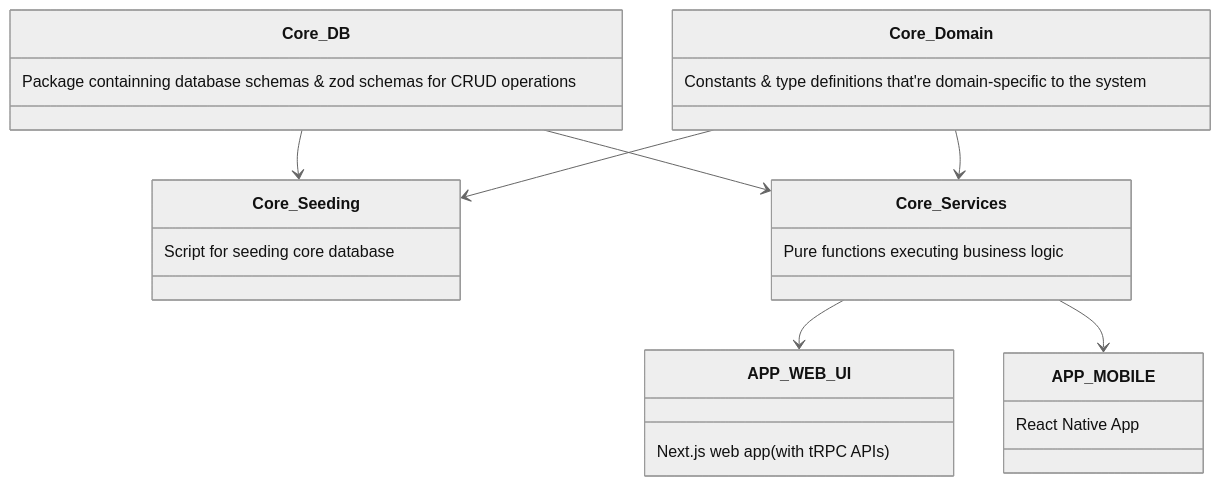
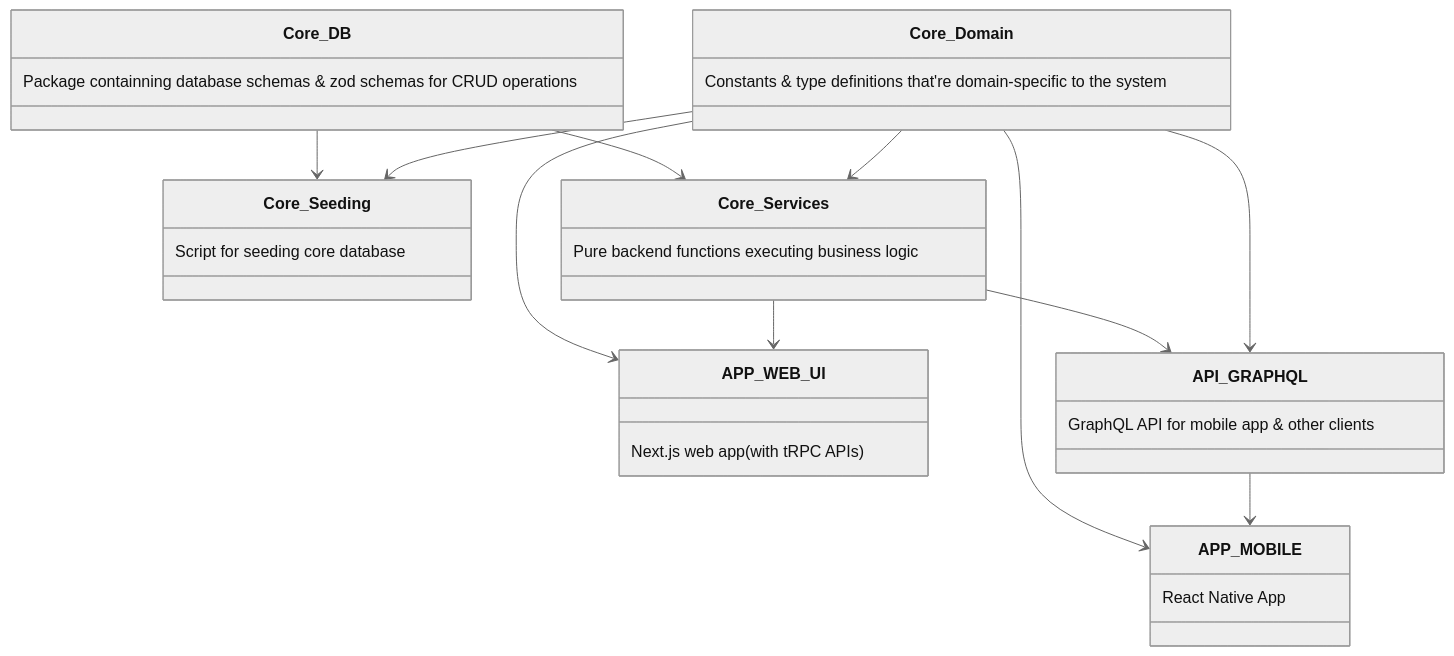
The diagram in docs/architecture.md (NorthHarbourTriathlonClub/trihard), drawn with Mermaid (neutral theme) before and after one commit.

Commit message:
new logic for diagram

````diff
--- a/docs/architecture.md
+++ b/docs/architecture.md
@@ -5,34 +5,42 @@
 ```mermaid
 ---
 Architecture
 ---
 classDiagram
     Core_DB --> Core_Seeding
     Core_DB --> Core_Services
     Core_Domain --> Core_Services
     Core_Domain --> Core_Seeding
-
+    
+    Core_Domain --> APP_WEB_UI
     Core_Services --> APP_WEB_UI
-    Core_Services --> APP_MOBILE
+    
+    Core_Services --> API_GRAPHQL
+    Core_Domain --> API_GRAPHQL
+    Core_Domain --> APP_MOBILE
+    API_GRAPHQL --> APP_MOBILE
 
 
     class Core_DB {
       Package containning database schemas & zod schemas for CRUD operations
     }
     class Core_Services {
-      Pure functions executing business logic
+      Pure backend functions executing business logic
     }
     class Core_Seeding {
       Script for seeding core database
     }
     class Core_Domain {
       Constants & type definitions that're domain-specific to the system
     }
 
     class APP_WEB_UI {
       Next.js web app (with tRPC APIs)
     }
     class APP_MOBILE {
       React Native App
     }
+    class API_GRAPHQL {
+      GraphQL API for mobile app & other clients
+    }
 ```
````
